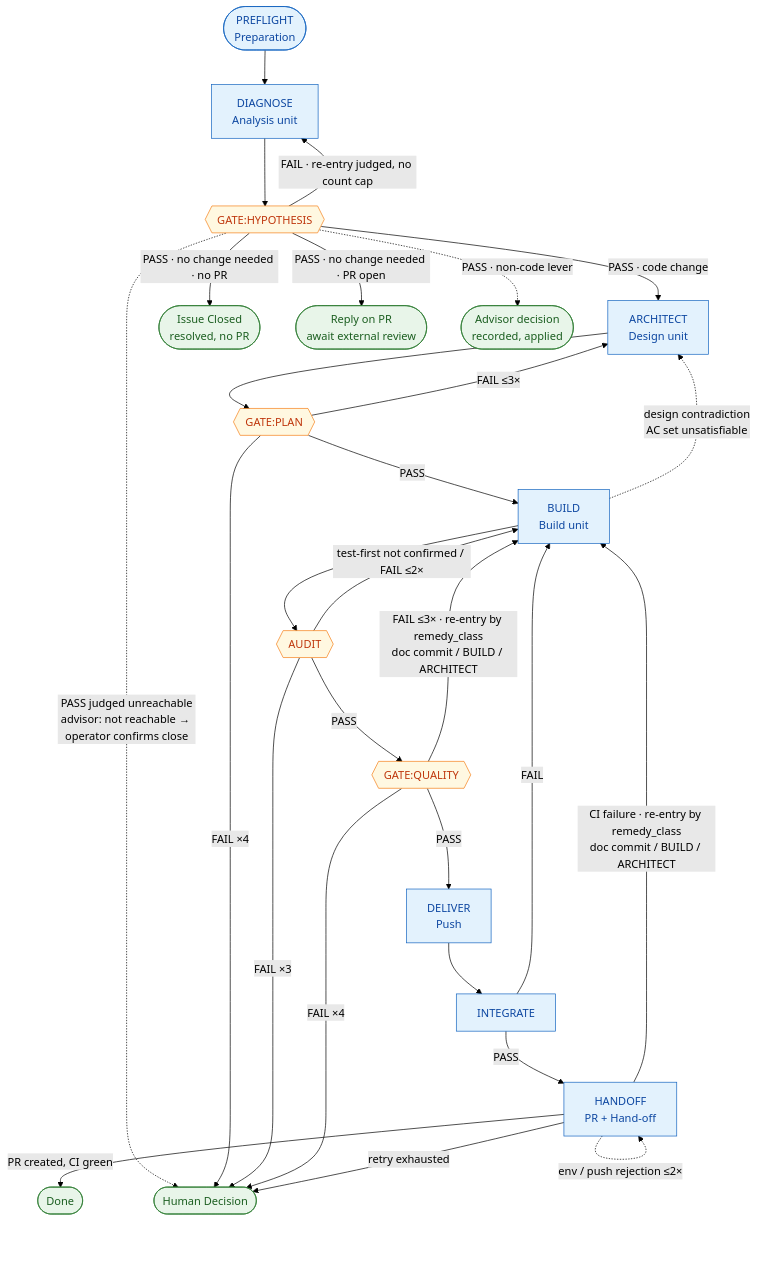
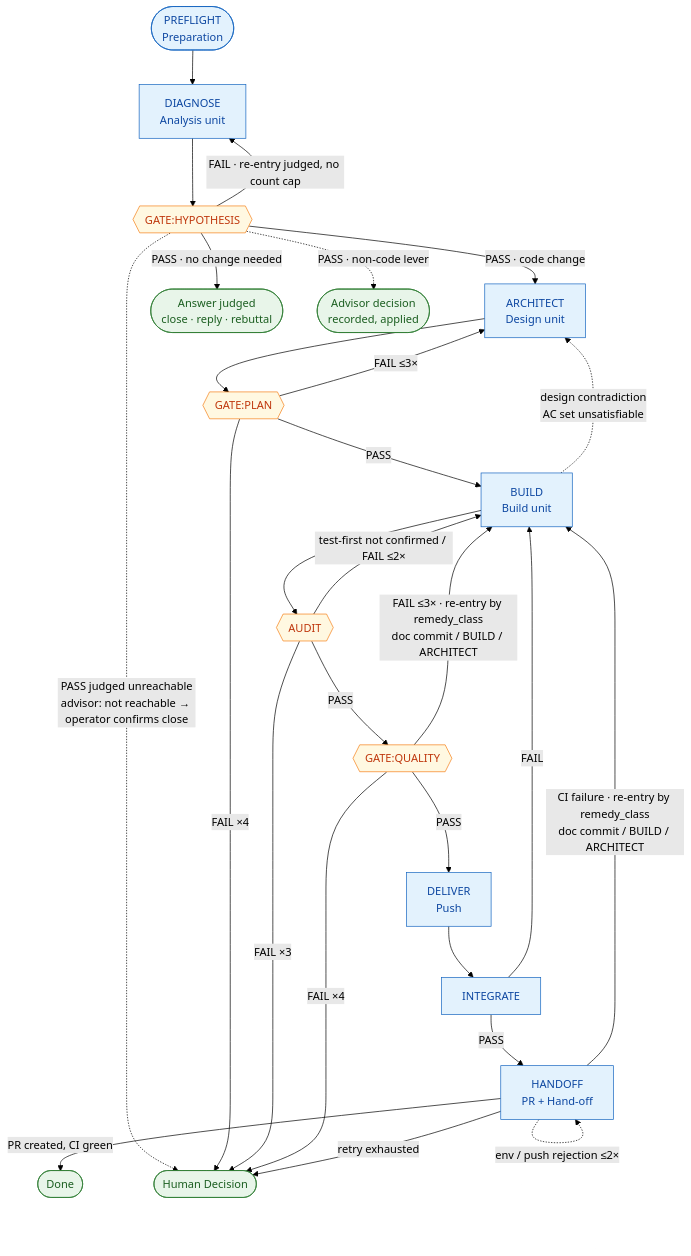
Before and after one commit to Munsik-Park/autoflow: the diagram in docs/autoflow-guide.md, drawn with Mermaid (forest theme). The commit also changed 3 other files, not shown here.

````diff
--- a/docs/autoflow-guide.md
+++ b/docs/autoflow-guide.md
@@ -52,51 +52,49 @@
 ```mermaid
 flowchart TD
     PRE([PREFLIGHT<br/>Preparation]):::phase
     DIA[DIAGNOSE<br/>Analysis unit]:::phase
     HYP{{GATE:HYPOTHESIS}}:::gate
     ARC[ARCHITECT<br/>Design unit]:::phase
     PLAN{{GATE:PLAN}}:::gate
     BLD[BUILD<br/>Build unit]:::phase
     AUD{{AUDIT}}:::gate
     QUAL{{GATE:QUALITY}}:::gate
     DEL[DELIVER<br/>Push]:::phase
     INT[INTEGRATE]:::phase
     HAND[HANDOFF<br/>PR + Hand-off]:::phase
-    CLOSE([Issue Closed<br/>resolved, no PR]):::terminal
-    REVW([Reply on PR<br/>await external review]):::terminal
+    ANS([Answer judged<br/>close · reply · rebuttal]):::terminal
     DONE([Done]):::terminal
     HUMAN([Human Decision]):::terminal
     ADV([Advisor decision<br/>recorded, applied]):::terminal
 
     PRE --> DIA
     DIA --> HYP
-    HYP -->|PASS · no change needed · no PR| CLOSE
-    HYP -->|PASS · no change needed · PR open| REVW
+    HYP -->|PASS · no change needed| ANS
     HYP -.->|PASS · non-code lever| ADV
     HYP -->|PASS · code change| ARC
     HYP -->|FAIL · re-entry judged, no count cap| DIA
     HYP -.->|PASS judged unreachable<br/>advisor: not reachable → operator confirms close| HUMAN
     ARC --> PLAN
     PLAN -->|PASS| BLD
     PLAN -->|FAIL ≤3×| ARC
     PLAN -->|FAIL ×4| HUMAN
     BLD --> AUD
     BLD -.->|design contradiction<br/>AC set unsatisfiable| ARC
     AUD -->|test-first not confirmed / FAIL ≤2×| BLD
     AUD -->|FAIL ×3| HUMAN
     AUD -->|PASS| QUAL
     QUAL -->|PASS| DEL
     QUAL -->|FAIL ≤3× · re-entry by remedy_class<br/>doc commit / BUILD / ARCHITECT| BLD
     QUAL -->|FAIL ×4| HUMAN
     DEL --> INT
     INT -->|FAIL| BLD
     INT -->|PASS| HAND
     HAND -.->|env / push rejection ≤2×| HAND
     HAND -->|CI failure · re-entry by remedy_class<br/>doc commit / BUILD / ARCHITECT| BLD
     HAND -->|retry exhausted| HUMAN
     HAND -->|PR created, CI green| DONE
 
     classDef phase fill:#e3f2fd,stroke:#1565c0,color:#0d47a1
     classDef gate fill:#fff8e1,stroke:#f57f17,color:#bf360c
     classDef terminal fill:#e8f5e9,stroke:#2e7d32,color:#1b5e20
 ```
````
